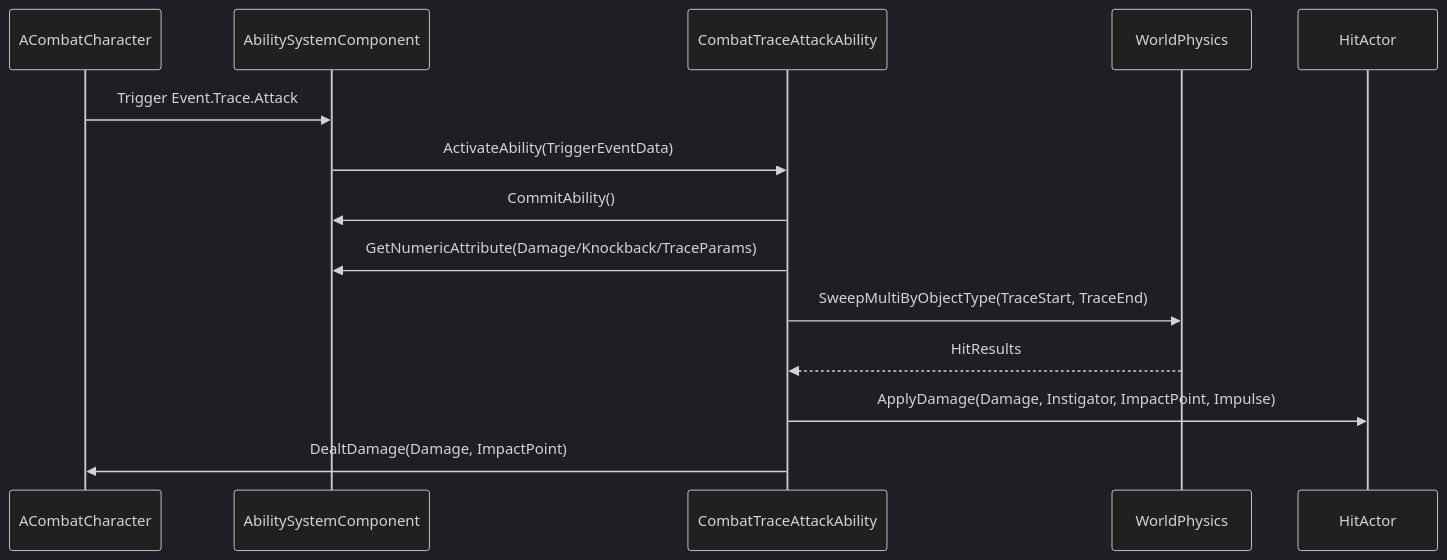
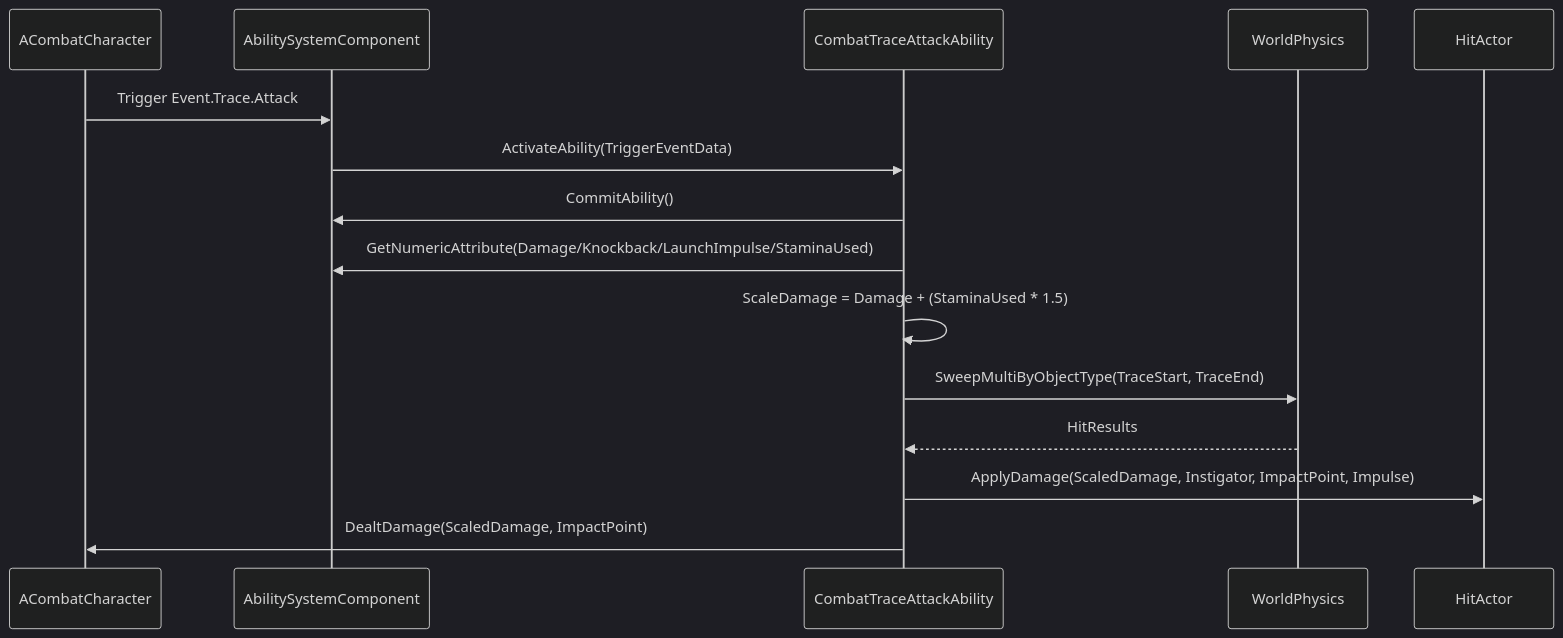
The second of 5 diagrams in docs/GAS_SEQUENCE.md (ngmitam/OptimizedGASDemo), drawn with Mermaid (dark theme) before and after one commit. The commit also changed other lines of this file and 59 other files, not shown here.

````diff
--- a/docs/GAS_SEQUENCE.md
+++ b/docs/GAS_SEQUENCE.md
@@ -30,17 +31,18 @@
 ```mermaid
 sequenceDiagram
     participant Char as ACombatCharacter
     participant ASC as AbilitySystemComponent
     participant Ability as CombatTraceAttackAbility
     participant World as WorldPhysics
     participant Target as HitActor
 
     Char->>ASC: Trigger Event.Trace.Attack
     ASC->>Ability: ActivateAbility(TriggerEventData)
     Ability->>ASC: CommitAbility()
-    Ability->>ASC: GetNumericAttribute(Damage/Knockback/TraceParams)
+    Ability->>ASC: GetNumericAttribute(Damage/Knockback/LaunchImpulse/StaminaUsed)
+    Ability->>Ability: ScaleDamage = Damage + (StaminaUsed * 1.5)
     Ability->>World: SweepMultiByObjectType(TraceStart, TraceEnd)
     World-->>Ability: HitResults
-    Ability->>Target: ApplyDamage(Damage, Instigator, ImpactPoint, Impulse)
-    Ability->>Char: DealtDamage(Damage, ImpactPoint)
+    Ability->>Target: ApplyDamage(ScaledDamage, Instigator, ImpactPoint, Impulse)
+    Ability->>Char: DealtDamage(ScaledDamage, ImpactPoint)
 ```
````
